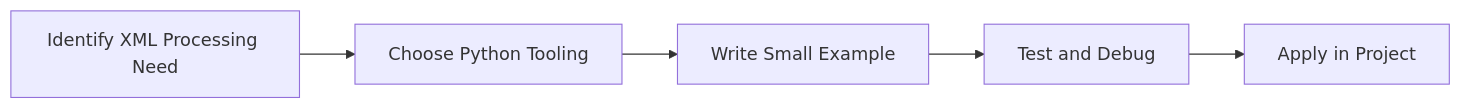
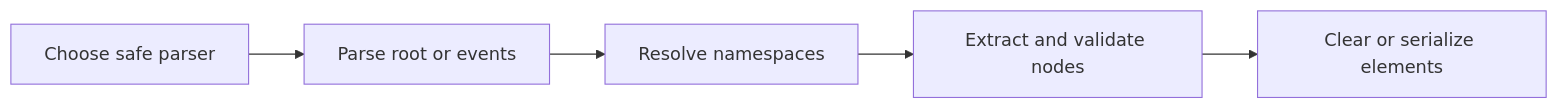
One commit to SYMOIZ/E-Learning-Portal changed the diagram in Python-Mastery/Intermediate/17-xml-processing.md. Above: the diagram before and after it, drawn with Mermaid. The commit also changed other lines of this file and 116 other files, not shown here.

````diff
--- a/Python-Mastery/Intermediate/17-xml-processing.md
+++ b/Python-Mastery/Intermediate/17-xml-processing.md
@@ -129,7 +149,7 @@
 ```mermaid
 flowchart LR
-    A[Identify XML Processing Need] --> B[Choose Python Tooling]
-    B --> C[Write Small Example]
-    C --> D[Test and Debug]
-    D --> E[Apply in Project]
+    A[Choose safe parser] --> B[Parse root or events]
+    B --> C[Resolve namespaces]
+    C --> D[Extract and validate nodes]
+    D --> E[Clear or serialize elements]
 ```
````
